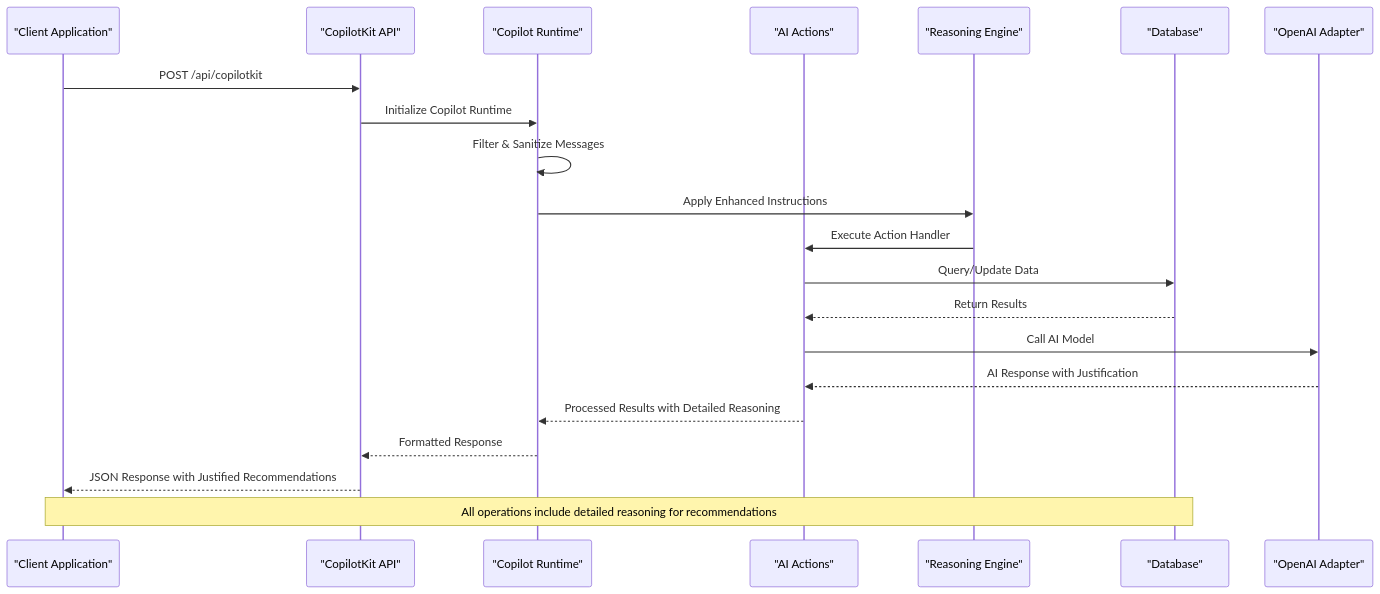
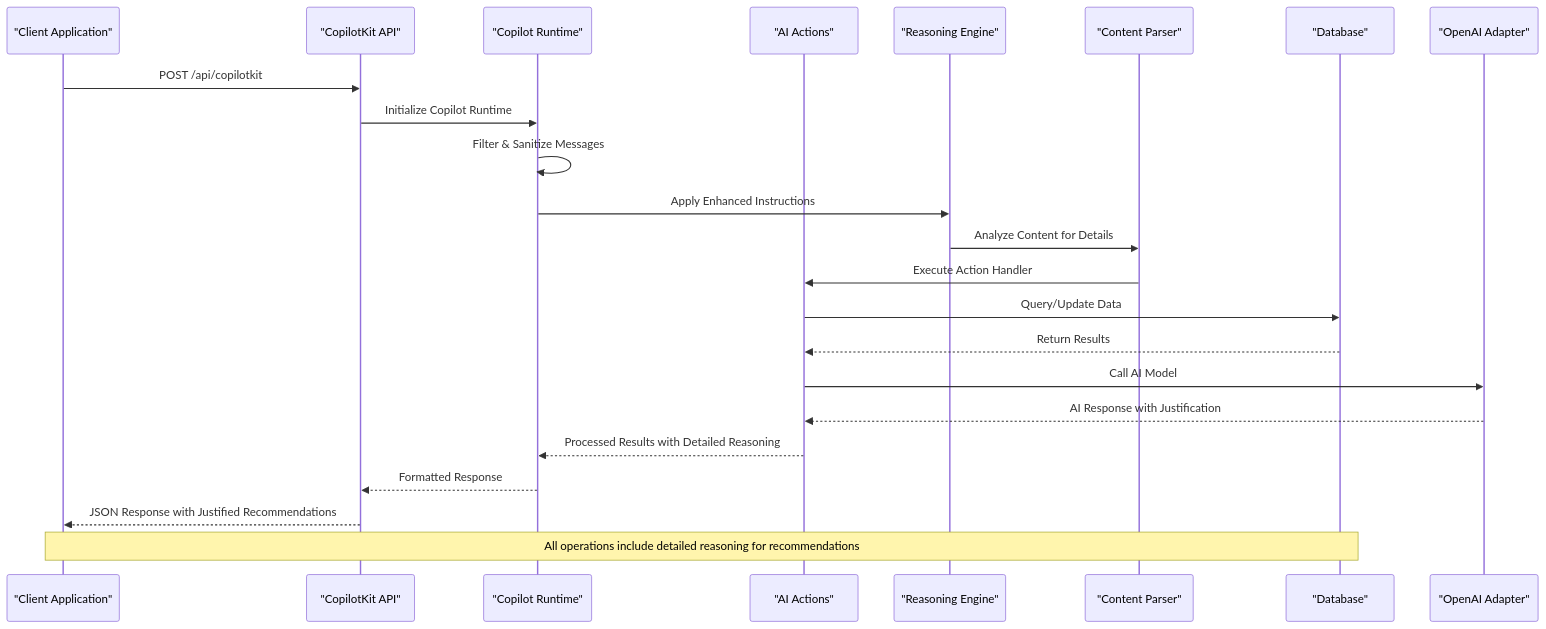
The second of 10 diagrams in .qoder/repowiki/en/content/API Reference/Copilot Integration Endpoints.md (peixuanhu/goal-mate), drawn with Mermaid before and after one commit. The commit also changed other lines of this file and 6 other files, not shown here.

````diff
--- a/.qoder/repowiki/en/content/API Reference/Copilot Integration Endpoints.md
+++ b/.qoder/repowiki/en/content/API Reference/Copilot Integration Endpoints.md
@@ -138,23 +142,25 @@
 ```mermaid
 sequenceDiagram
 participant Client as "Client Application"
 participant API as "CopilotKit API"
 participant Runtime as "Copilot Runtime"
 participant Actions as "AI Actions"
 participant Reasoning as "Reasoning Engine"
+participant Parser as "Content Parser"
 participant DB as "Database"
 participant OpenAI as "OpenAI Adapter"
 Client->>API : POST /api/copilotkit
 API->>Runtime : Initialize Copilot Runtime
 Runtime->>Runtime : Filter & Sanitize Messages
 Runtime->>Reasoning : Apply Enhanced Instructions
-Reasoning->>Actions : Execute Action Handler
+Reasoning->>Parser : Analyze Content for Details
+Parser->>Actions : Execute Action Handler
 Actions->>DB : Query/Update Data
 DB-->>Actions : Return Results
 Actions->>OpenAI : Call AI Model
 OpenAI-->>Actions : AI Response with Justification
 Actions-->>Runtime : Processed Results with Detailed Reasoning
 Runtime-->>API : Formatted Response
 API-->>Client : JSON Response with Justified Recommendations
 Note over Client,DB : All operations include detailed reasoning for recommendations
 ```
````
